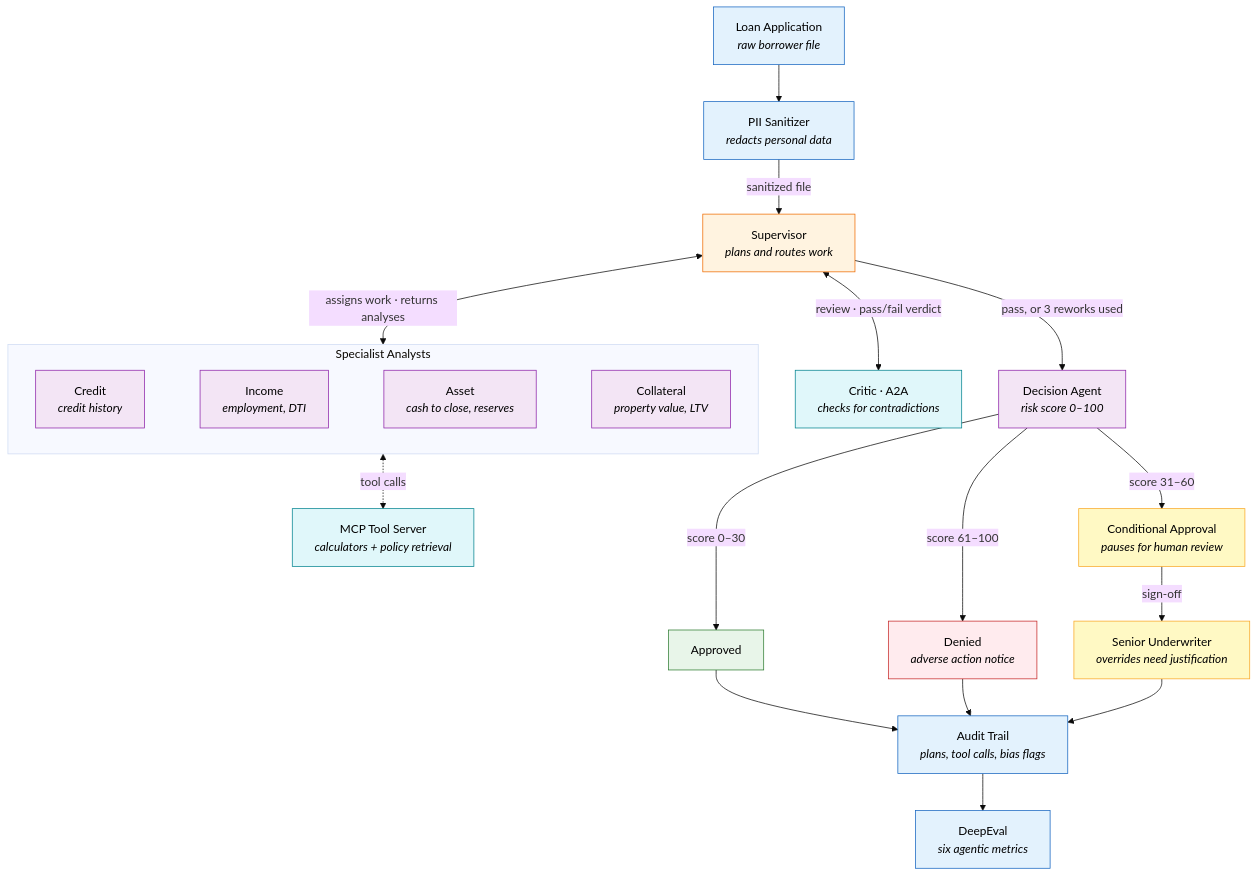
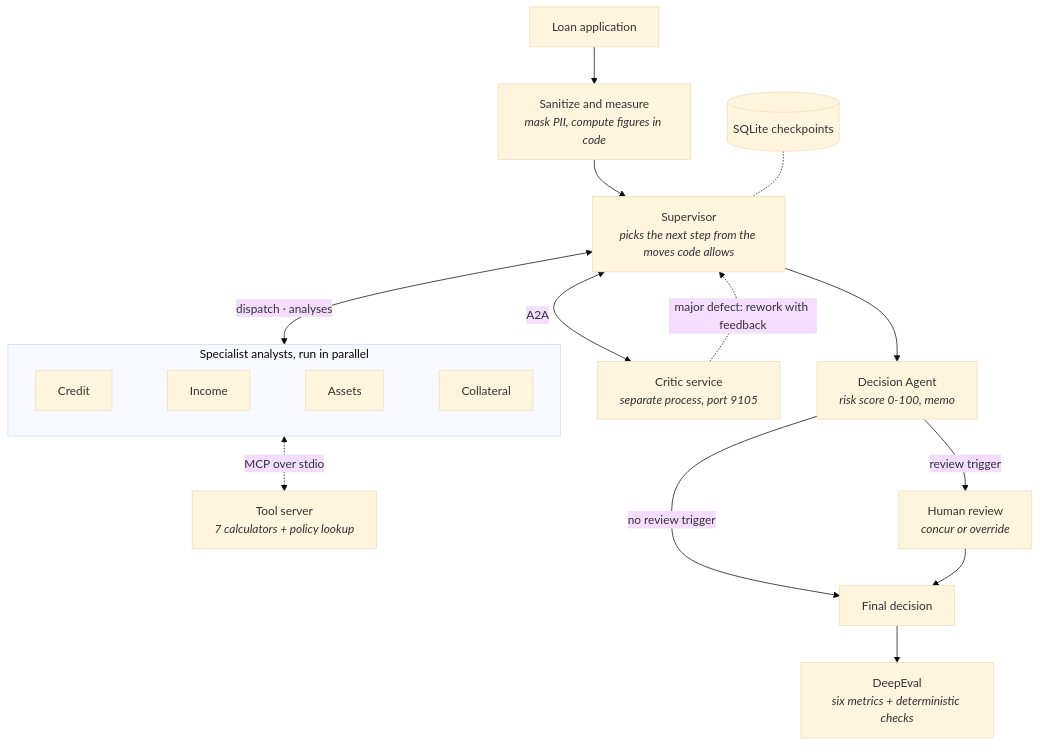
The diagram in README.md (minh-vo/mortgage-underwriting-multi-agent-system-with-DeepEval), drawn with Mermaid (base theme) before and after one commit. The commit also changed other lines of this file and 40 other files, not shown here.

````diff
--- a/README.md
+++ b/README.md
@@ -41,44 +21,22 @@
 ```mermaid
 flowchart TD
-    A["Loan Application<br/><i>raw borrower file</i>"] --> B["PII Sanitizer<br/><i>redacts personal data</i>"]
-    B -->|"sanitized file"| S["Supervisor<br/><i>plans and routes work</i>"]
+    A["Loan application"] --> B["Sanitize and measure<br/><i>mask PII, compute figures in code</i>"]
+    B --> S["Supervisor<br/><i>picks the next step from the moves code allows</i>"]
 
-    subgraph SPEC ["Specialist Analysts"]
+    subgraph SPEC ["Specialist analysts, run in parallel"]
         direction LR
-        C1["Credit<br/><i>credit history</i>"]
-        C2["Income<br/><i>employment, DTI</i>"]
-        C3["Asset<br/><i>cash to close, reserves</i>"]
-        C4["Collateral<br/><i>property value, LTV</i>"]
-        C1 ~~~ C2 ~~~ C3 ~~~ C4
+        C1["Credit"] ~~~ C2["Income"] ~~~ C3["Assets"] ~~~ C4["Collateral"]
     end
 
-    S <-->|"assigns work · returns analyses"| SPEC
-    SPEC <-.->|"tool calls"| MCP["MCP Tool Server<br/><i>calculators + policy retrieval</i>"]
+    S <-->|"dispatch · analyses"| SPEC
+    SPEC <-.->|"MCP over stdio"| MCP["Tool server<br/><i>7 calculators + policy lookup</i>"]
+    S <-->|"A2A"| CR["Critic service<br/><i>separate process, port 9105</i>"]
+    CR -.->|"major defect: rework with feedback"| S
+    S --> D["Decision Agent<br/><i>risk score 0-100, memo</i>"]
+    D -->|"no review trigger"| F["Final decision"]
+    D -->|"review trigger"| H["Human review<br/><i>concur or override</i>"]
+    H --> F
 
-    S <-->|"review · pass/fail verdict"| CR["Critic · A2A<br/><i>checks for contradictions</i>"]
-    S -->|"pass, or 3 reworks used"| D["Decision Agent<br/><i>risk score 0–100</i>"]
-
-    D -->|"score 0–30"| AP["Approved"]
-    D -->|"score 31–60"| CO["Conditional Approval<br/><i>pauses for human review</i>"]
-    D -->|"score 61–100"| DN["Denied<br/><i>adverse action notice</i>"]
-    CO -->|"sign-off"| HU["Senior Underwriter<br/><i>overrides need justification</i>"]
-
-    AP & DN & HU --> R["Audit Trail<br/><i>plans, tool calls, bias flags</i>"]
-    R --> E["DeepEval<br/><i>six agentic metrics</i>"]
-
-    classDef input fill:#e3f2fd,stroke:#1565c0,color:#000
-    classDef coord fill:#fff3e0,stroke:#ef6c00,color:#000
-    classDef agent fill:#f3e5f5,stroke:#8e24aa,color:#000
-    classDef service fill:#e0f7fa,stroke:#00838f,color:#000
-    classDef good fill:#e8f5e9,stroke:#2e7d32,color:#000
-    classDef warn fill:#fff9c4,stroke:#f9a825,color:#000
-    classDef bad fill:#ffebee,stroke:#c62828,color:#000
-
-    class A,B,R,E input
-    class S coord
-    class C1,C2,C3,C4,D agent
-    class MCP,CR service
-    class AP good
-    class CO,HU warn
-    class DN bad
+    DB[("SQLite checkpoints")] -.- S
+    F --> E["DeepEval<br/><i>six metrics + deterministic checks</i>"]
 ```
````
